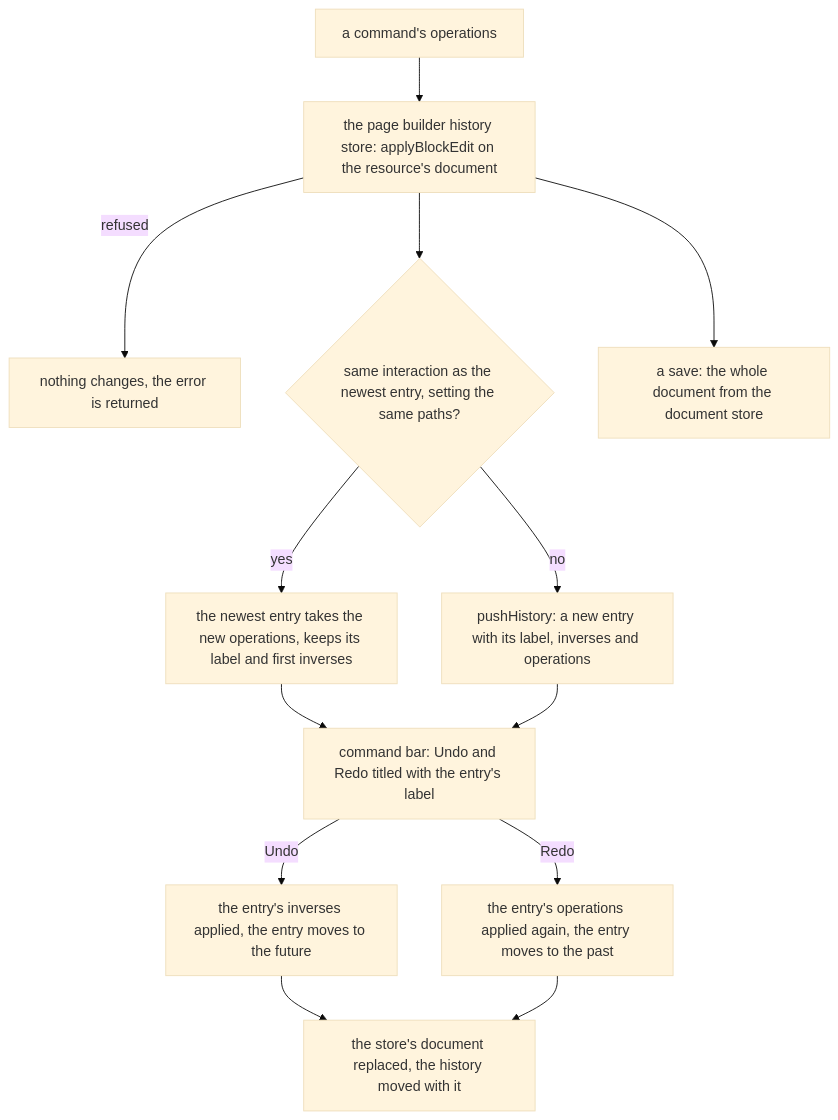
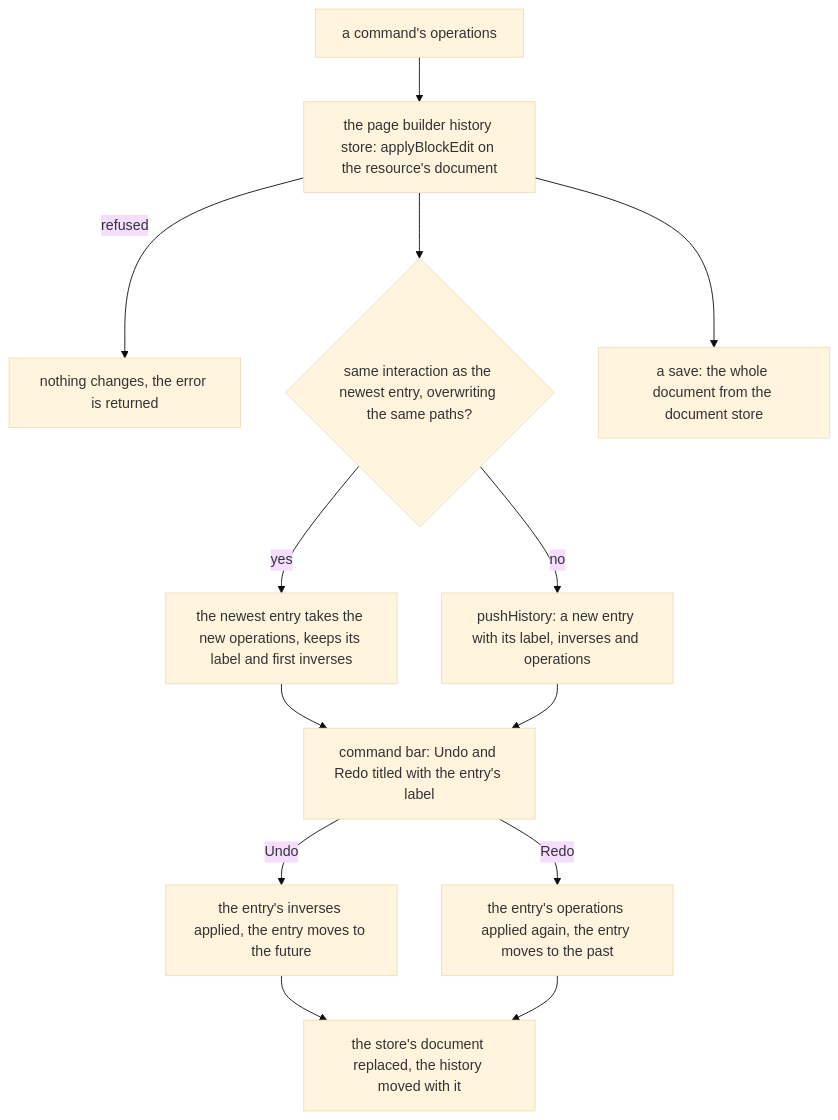
The diagram in openspec/specs/resource/page-builder/undo-as-patches/design.md (Esposter/Esposter), drawn with Mermaid (base theme) before and after one commit. The commit also changed other lines of this file and 1 other file, not shown here.

````diff
--- a/openspec/specs/resource/page-builder/undo-as-patches/design.md
+++ b/openspec/specs/resource/page-builder/undo-as-patches/design.md
@@ -11,15 +11,15 @@
 ```mermaid
 flowchart TD
   CMD["a command's operations"] --> STORE["the page builder history store: applyBlockEdit on the resource's document"]
   STORE -->|"refused"| ERR["nothing changes, the error is returned"]
-  STORE --> OPEN{"same interaction as the newest entry, setting the same paths?"}
+  STORE --> OPEN{"same interaction as the newest entry, overwriting the same paths?"}
   OPEN -->|yes| MERGE["the newest entry takes the new operations, keeps its label and first inverses"]
   OPEN -->|no| PUSH["pushHistory: a new entry with its label, inverses and operations"]
   MERGE --> BAR
   PUSH --> BAR["command bar: Undo and Redo titled with the entry's label"]
   BAR -->|"Undo"| UNDO["the entry's inverses applied, the entry moves to the future"]
   BAR -->|"Redo"| REDO["the entry's operations applied again, the entry moves to the past"]
   UNDO --> DOC["the store's document replaced, the history moved with it"]
   REDO --> DOC
   STORE --> SAVE["a save: the whole document from the document store"]
 ```
````
